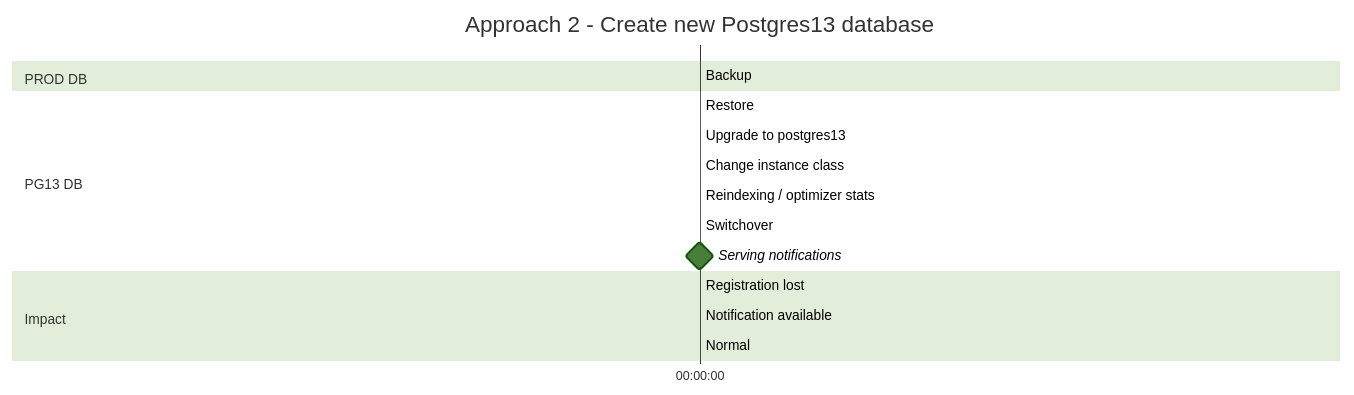
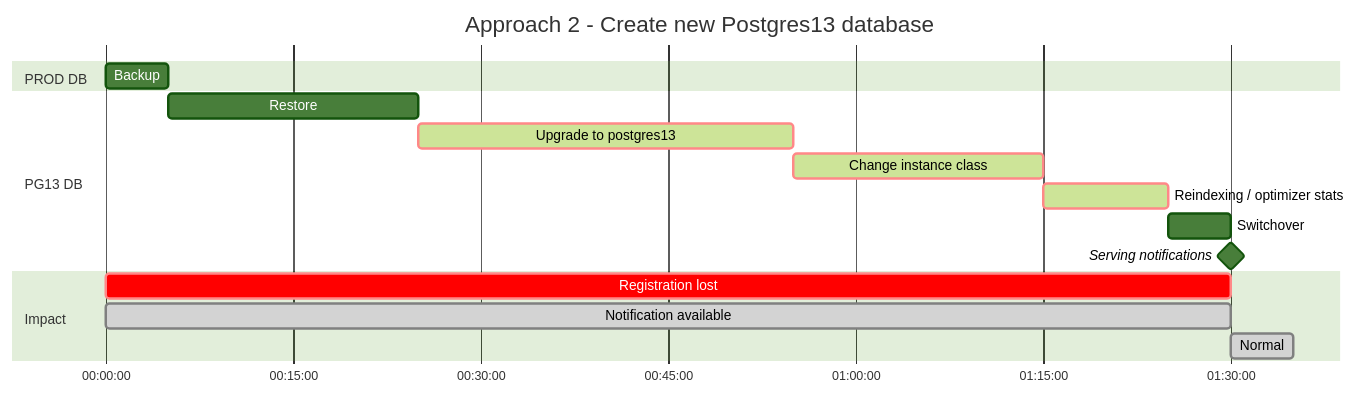
The second of 5 diagrams in docs/architecture/03-postgresql-upgrade.md (guardian/mobile-n10n), drawn with Mermaid (forest theme) before and after one commit. The commit also changed other lines of this file, not shown here.

Commit message:
Fix the mermaid diagram of the doc

````diff
--- a/docs/architecture/03-postgresql-upgrade.md
+++ b/docs/architecture/03-postgresql-upgrade.md
@@ -103,19 +103,19 @@
 ```mermaid
 gantt
     title Approach 2 - Create new Postgres13 database
     dateFormat  HH:mm:ss
     axisFormat  %H:%M:%S
     section PROD DB
-    Backup                            :a1, 00:00:00, 5min
+    Backup                            :a1, 00:00:00, 5m
     section PG13 DB
-    Restore                           :b1, after a1, 20min
-    Upgrade to postgres13             :crit,active, b2, after b1, 30min
-    Change instance class             :crit,active, b3, after b2, 20min
-    Reindexing / optimizer stats      :crit,active, b4, after b3, 10min
-    Switchover                        :b5, after b4, 5min
-    Serving notifications             :milestone, after b5, 0min
+    Restore                           :b1, after a1, 20m
+    Upgrade to postgres13             :crit,active, b2, after b1, 30m
+    Change instance class             :crit,active, b3, after b2, 20m
+    Reindexing / optimizer stats      :crit,active, b4, after b3, 10m
+    Switchover                        :b5, after b4, 5m
+    Serving notifications             :milestone, after b5, 0m
     section Impact 
-    Registration lost       :crit, c1a, 00:00:00, 90min
-    Notification available  :done, c1b, 00:00:00, 90min
-    Normal                  :done, c2, after c1a c1b, 5min
+    Registration lost       :crit, c1a, 00:00:00, 90m
+    Notification available  :done, c1b, 00:00:00, 90m
+    Normal                  :done, c2, after c1a c1b, 5m
 ```
````
